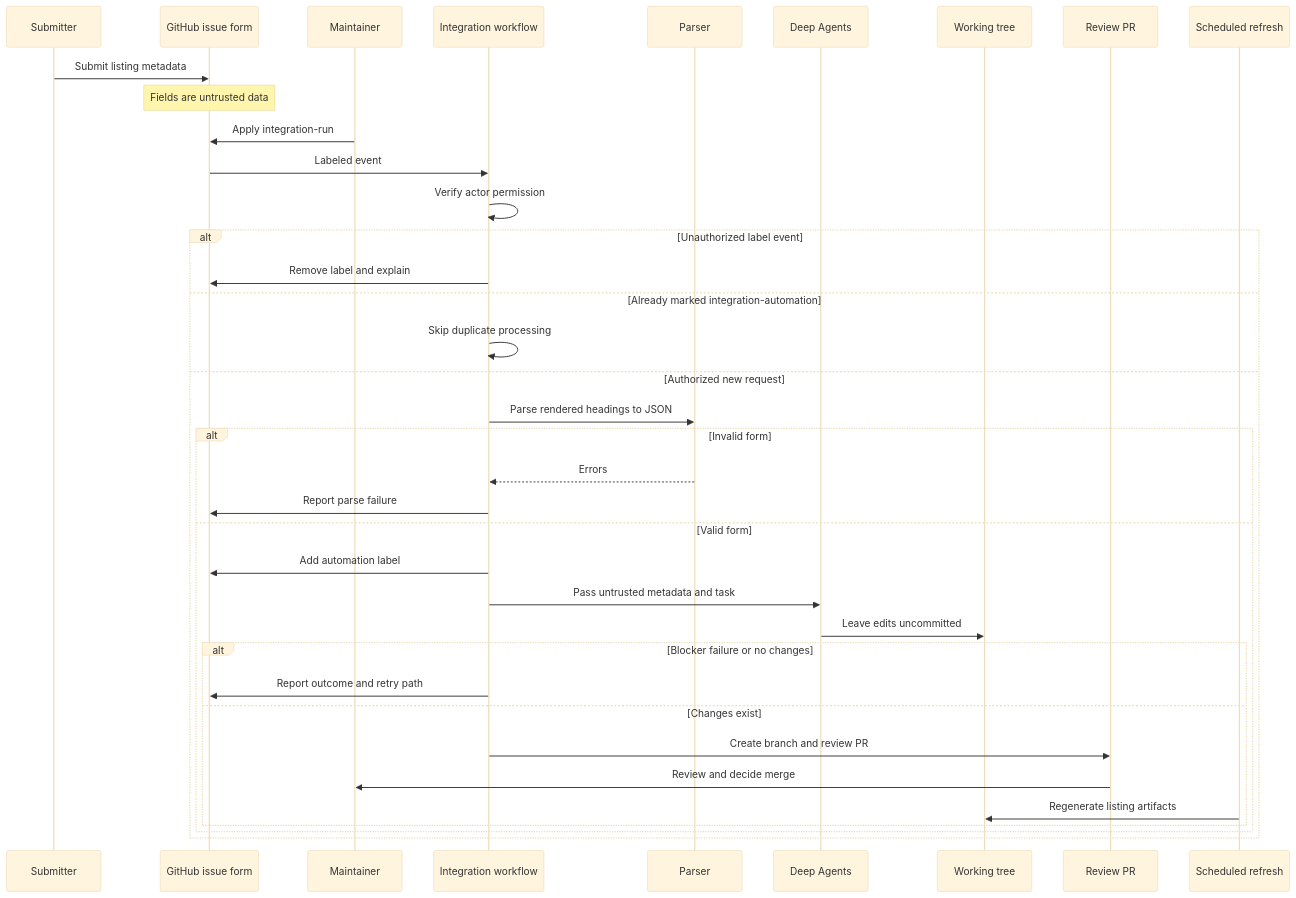
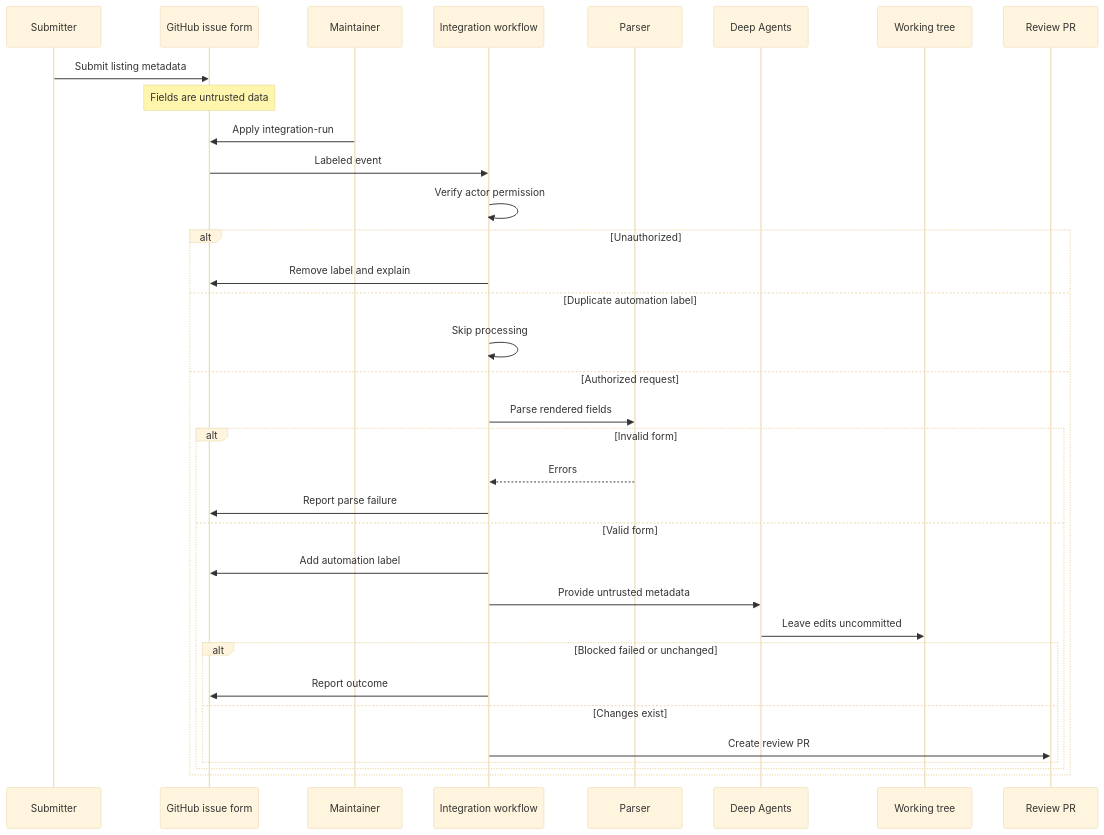
Before and after one commit to langchain-ai/docs: the diagram in openwiki/workflows/integration-listing-automation.md, drawn with Mermaid (base theme). The commit also changed other lines of this file and 20 other files, not shown here.

````diff
--- a/openwiki/workflows/integration-listing-automation.md
+++ b/openwiki/workflows/integration-listing-automation.md
@@ -47,40 +53,37 @@
 ```mermaid
 sequenceDiagram
     participant Submitter
     participant Issue as GitHub issue form
     participant Maintainer
     participant Workflow as Integration workflow
     participant Parser
     participant Agent as Deep Agents
     participant Tree as Working tree
     participant PR as Review PR
-    participant Refresh as Scheduled refresh
 
     Submitter->>Issue: Submit listing metadata
     Note over Issue: Fields are untrusted data
     Maintainer->>Issue: Apply integration-run
     Issue->>Workflow: Labeled event
     Workflow->>Workflow: Verify actor permission
-    alt Unauthorized label event
+    alt Unauthorized
         Workflow->>Issue: Remove label and explain
-    else Already marked integration-automation
-        Workflow->>Workflow: Skip duplicate processing
-    else Authorized new request
-        Workflow->>Parser: Parse rendered headings to JSON
+    else Duplicate automation label
+        Workflow->>Workflow: Skip processing
+    else Authorized request
+        Workflow->>Parser: Parse rendered fields
         alt Invalid form
             Parser-->>Workflow: Errors
             Workflow->>Issue: Report parse failure
         else Valid form
             Workflow->>Issue: Add automation label
-            Workflow->>Agent: Pass untrusted metadata and task
+            Workflow->>Agent: Provide untrusted metadata
             Agent->>Tree: Leave edits uncommitted
-            alt Blocker failure or no changes
-                Workflow->>Issue: Report outcome and retry path
+            alt Blocked failed or unchanged
+                Workflow->>Issue: Report outcome
             else Changes exist
-                Workflow->>PR: Create branch and review PR
-                PR->>Maintainer: Review and decide merge
-                Refresh->>Tree: Regenerate listing artifacts
+                Workflow->>PR: Create review PR
             end
         end
     end
 ```
````
